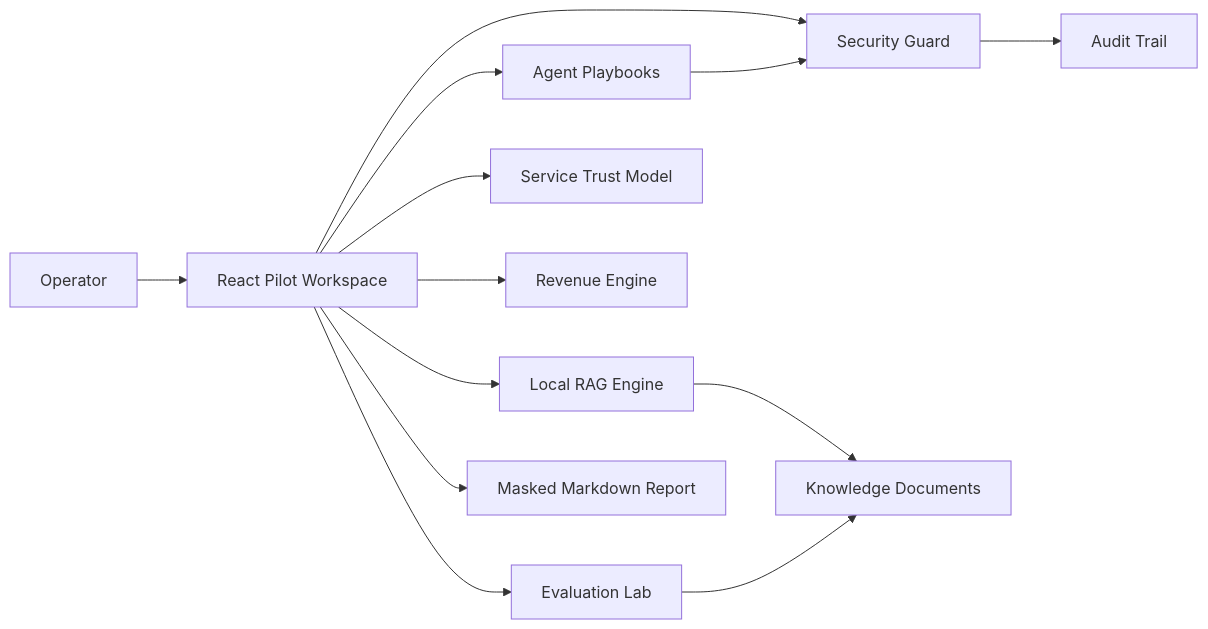
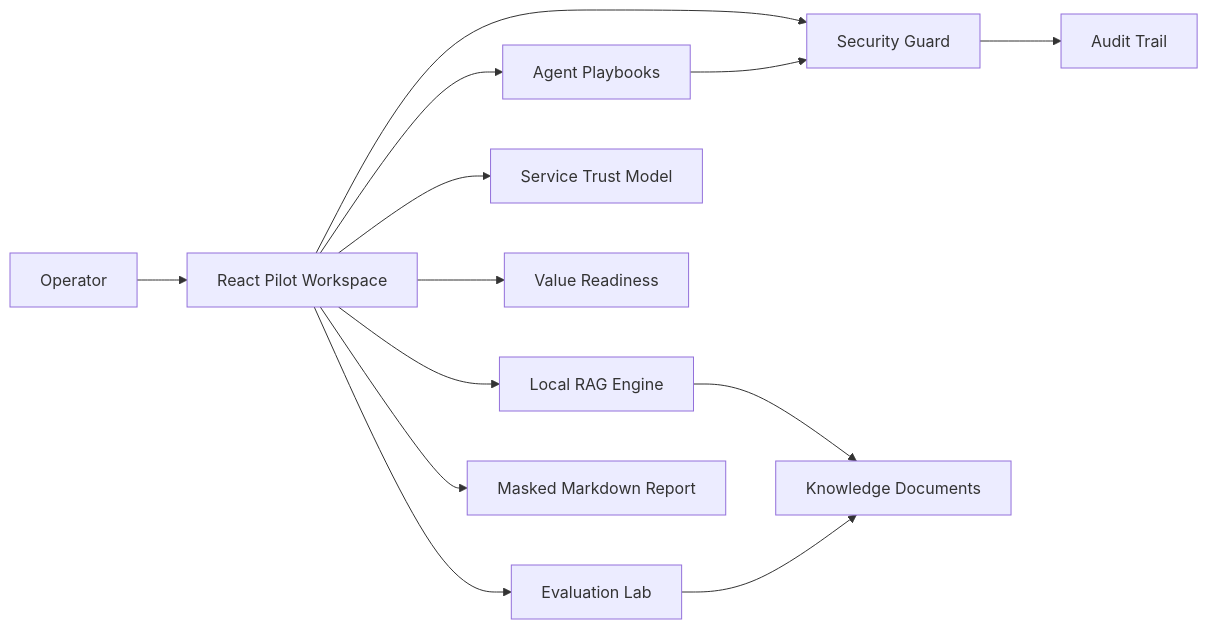
Before and after one commit to KIM3310/aix-pilot: the diagram in docs/PORTFOLIO_CASE_STUDY.md, drawn with Mermaid. The commit also changed other lines of this file and 30 other files, not shown here.

Commit message:
refactor: replace public revenue surface with value readiness

````diff
--- a/docs/PORTFOLIO_CASE_STUDY.md
+++ b/docs/PORTFOLIO_CASE_STUDY.md
@@ -29,15 +29,15 @@
 ```mermaid
 flowchart LR
   User["Operator"] --> UI["React Pilot Workspace"]
   UI --> RAG["Local RAG Engine"]
   UI --> Agent["Agent Playbooks"]
   UI --> Guard["Security Guard"]
   UI --> Trust["Service Trust Model"]
-  UI --> Revenue["Revenue Engine"]
+  UI --> Value["Value Readiness"]
   UI --> Eval["Evaluation Lab"]
   RAG --> Docs["Knowledge Documents"]
   Agent --> Guard
   Guard --> Audit["Audit Trail"]
   Eval --> Docs
   UI --> Report["Masked Markdown Report"]
 ```
````
